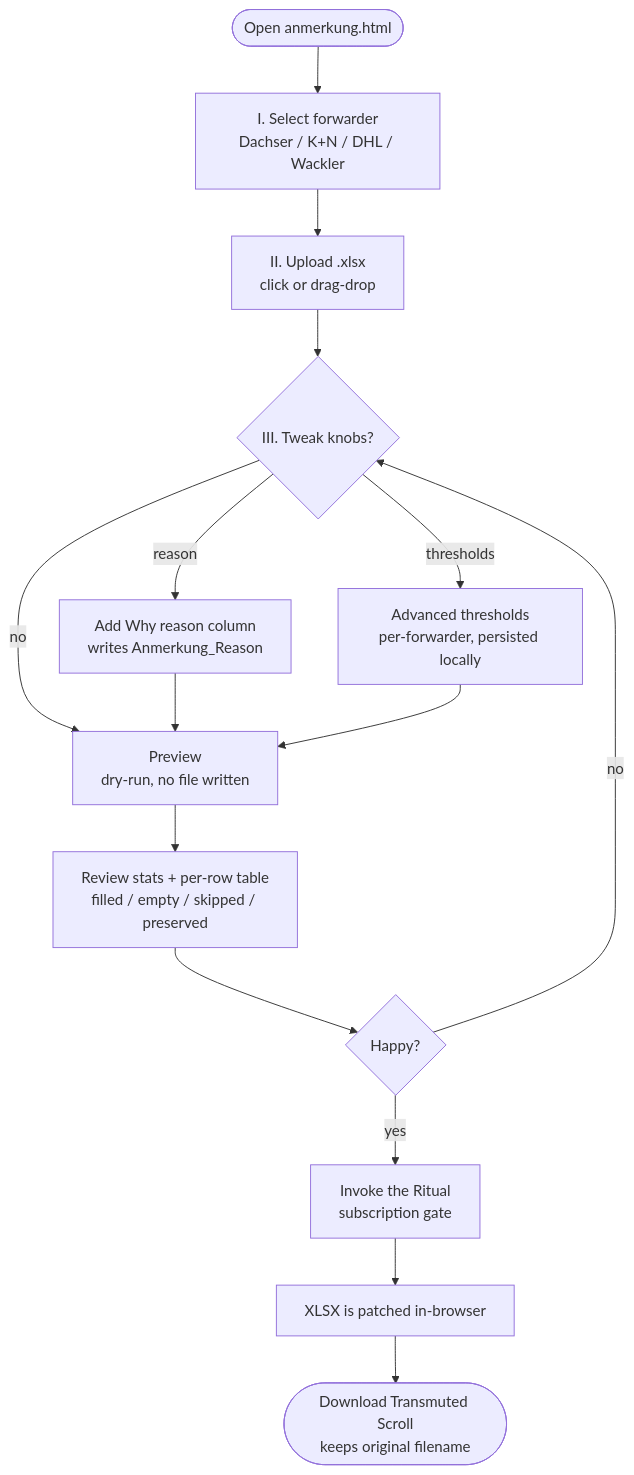
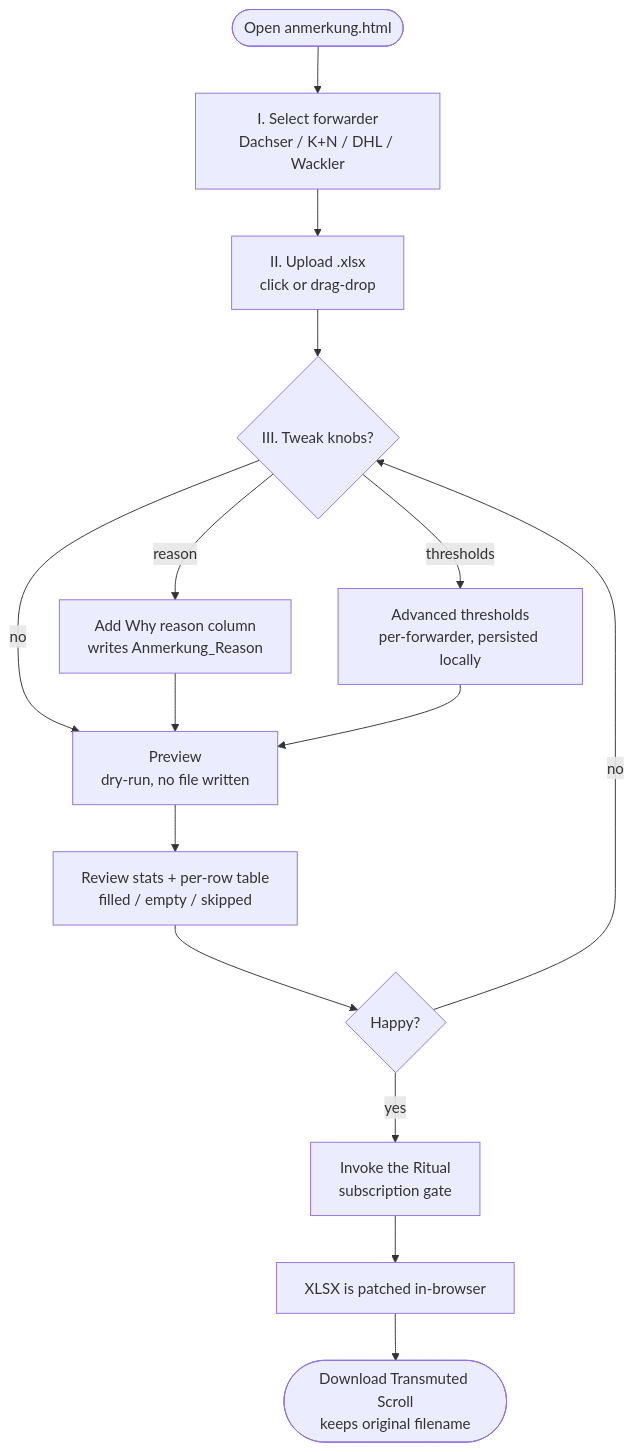
One commit to nicoyogi/vb-code-vault changed the first of 5 diagrams in docs/ANMERKUNG-WORKFLOW.md. Above: the diagram before and after it, drawn with Mermaid. The commit also changed other lines of this file and 5 other files, not shown here.

````diff
--- a/docs/ANMERKUNG-WORKFLOW.md
+++ b/docs/ANMERKUNG-WORKFLOW.md
@@ -22,17 +22,17 @@
 ```mermaid
 flowchart TD
   A(["Open anmerkung.html"]) --> B["I. Select forwarder<br/>Dachser / K+N / DHL / Wackler"]
   B --> C["II. Upload .xlsx<br/>click or drag-drop"]
   C --> D{"III. Tweak knobs?"}
   D -- no --> E["Preview<br/>dry-run, no file written"]
   D -- reason --> D1["Add Why reason column<br/>writes Anmerkung_Reason"]
   D -- thresholds --> D2["Advanced thresholds<br/>per-forwarder, persisted locally"]
   D1 --> E
   D2 --> E
-  E --> F["Review stats + per-row table<br/>filled / empty / skipped / preserved"]
+  E --> F["Review stats + per-row table<br/>filled / empty / skipped"]
   F --> G{"Happy?"}
   G -- no --> D
   G -- yes --> H["Invoke the Ritual<br/>subscription gate"]
   H --> I["XLSX is patched in-browser"]
   I --> J(["Download Transmuted Scroll<br/>keeps original filename"])
 ```
````
